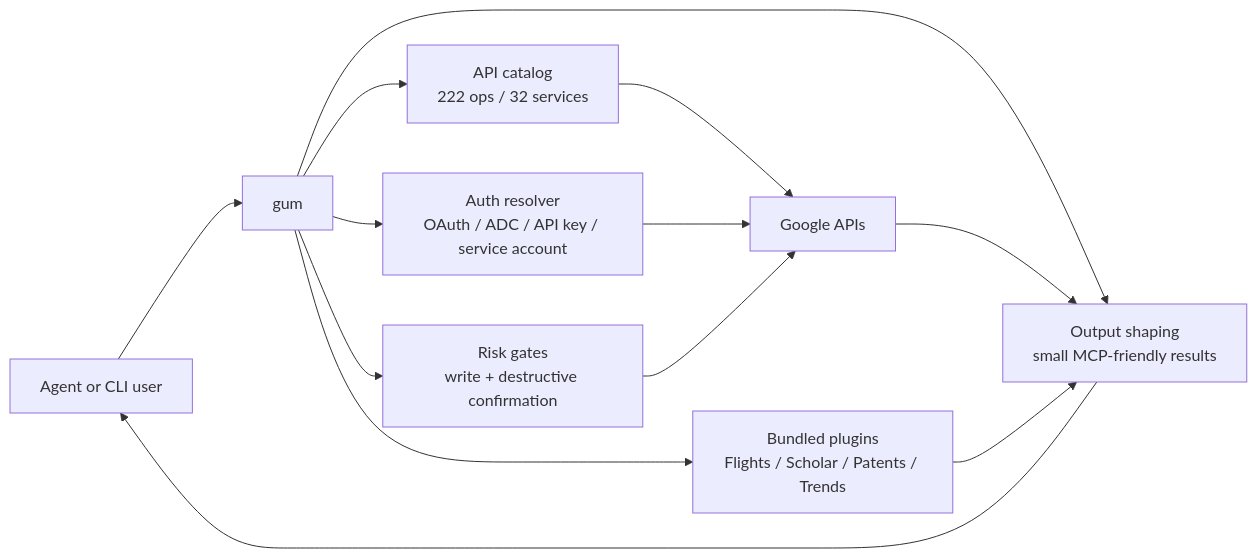
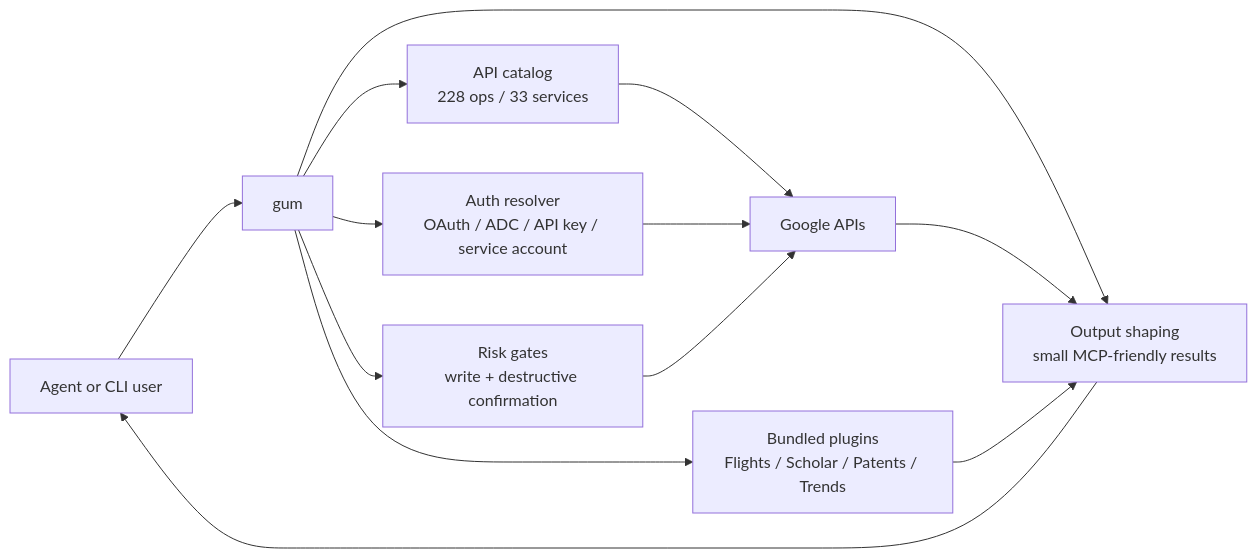
One commit to ehmo/gum changed the diagram in README.md. Above: the diagram before and after it, drawn with Mermaid. The commit also changed other lines of this file and 17 other files, not shown here.

````diff
--- a/README.md
+++ b/README.md
@@ -45,15 +47,15 @@
 ```mermaid
 flowchart LR
   User["Agent or CLI user"] --> Gum["gum"]
-  Gum --> Catalog["API catalog<br/>222 ops / 32 services"]
+  Gum --> Catalog["API catalog<br/>228 ops / 33 services"]
   Gum --> Auth["Auth resolver<br/>OAuth / ADC / API key / service account"]
   Gum --> Gates["Risk gates<br/>write + destructive confirmation"]
   Gum --> Shape["Output shaping<br/>small MCP-friendly results"]
   Catalog --> Google["Google APIs"]
   Auth --> Google
   Gates --> Google
   Google --> Shape
   Shape --> User
   Gum --> Plugins["Bundled plugins<br/>Flights / Scholar / Patents / Trends"]
   Plugins --> Shape
 ```
````
